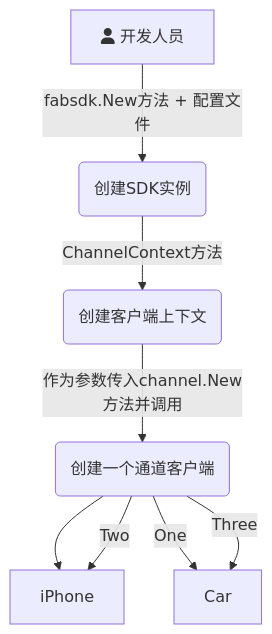
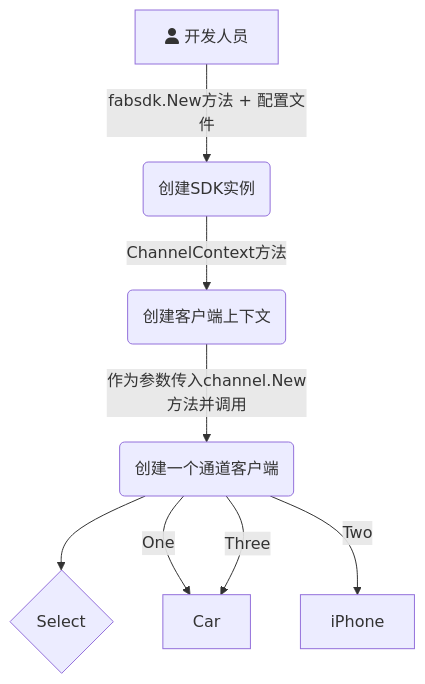
Before and after one commit to Utekichan/iodraw-files: the diagram in all/未命名.md, drawn with Mermaid.

Commit message:
2024-03-30 22:19:17 update

````diff
--- a/all/未命名.md
+++ b/all/未命名.md
@@ -1,11 +1,11 @@
 ```mermaid
 graph TD
     A[fa:fa-user 开发人员] -->|fabsdk.New方法 + 配置文件| B(创建SDK实例)
     B-->|ChannelContext方法| C(创建客户端上下文)
     C-->|作为参数传入channel.New方法并调用| D(创建一个通道客户端)
     D --> E{Select}
     D -->|One| F[Laptop]
-    D -->|Two| E[iPhone]
+    D -->|Two| G[iPhone]
     D -->|Three| F[Car]
   
 ```
````
